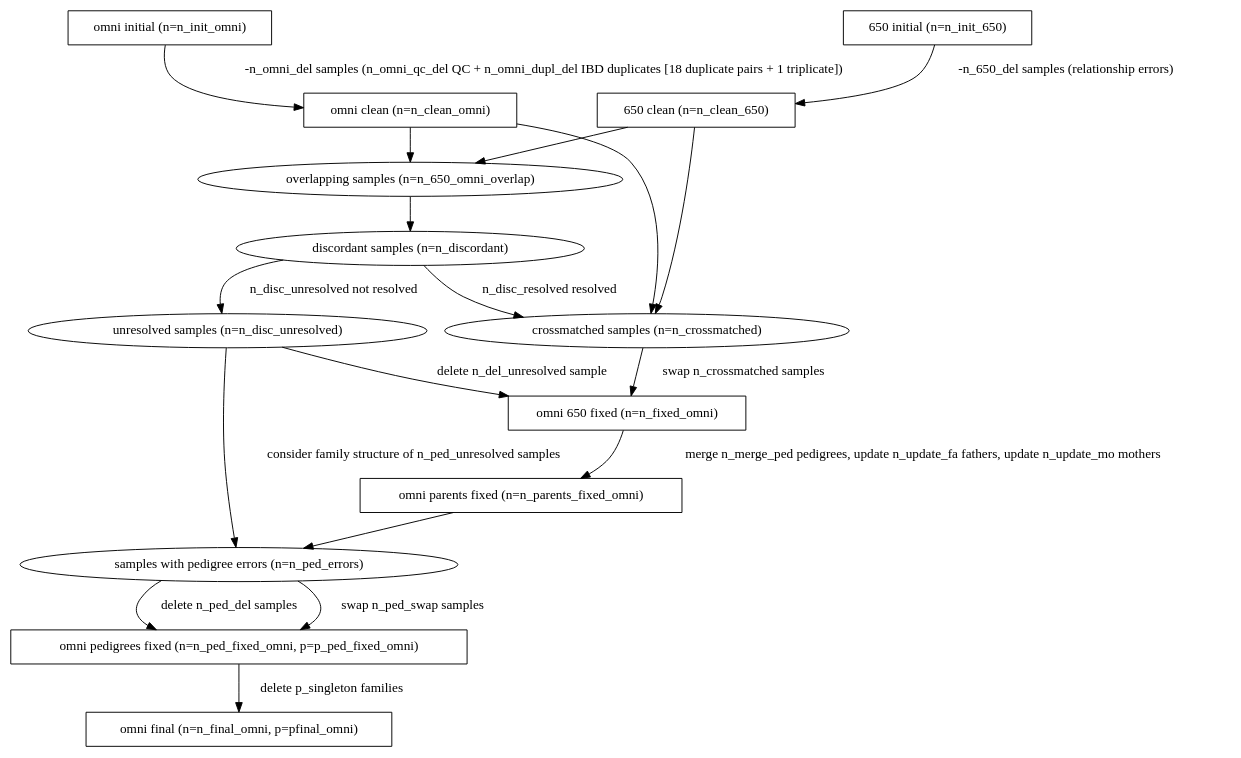
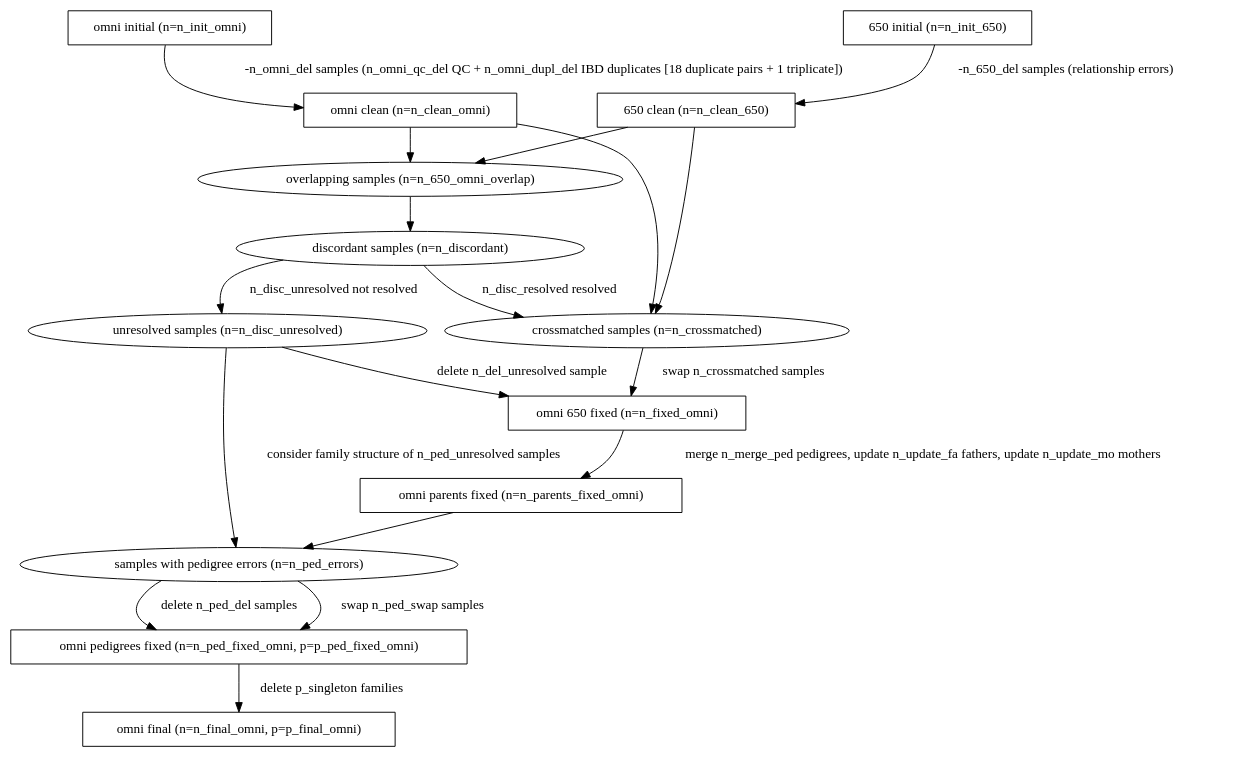
One commit to TOPMed-BAGS/sample_identity changed the diagram in doc/flow.dot. Above: the diagram before and after it, drawn with Graphviz. The commit also changed 5 other files, not shown here.

```diff
--- a/doc/flow.dot
+++ b/doc/flow.dot
@@ -1,35 +1,35 @@
 #!dot
 digraph {
     INIT_SIX       [label="650 initial (n=n_init_650)", shape=box]
     INIT_OMNI      [label="omni initial (n=n_init_omni)", shape=box]
     CLEAN_SIX      [label="650 clean (n=n_clean_650)", shape=box]
     CLEAN_OMNI     [label="omni clean (n=n_clean_omni)", shape=box]
     OVERLAP        [label="overlapping samples (n=n_650_omni_overlap)"]
     DISCORDANT     [label="discordant samples (n=n_discordant)"]
     CROSSMATCH     [label="crossmatched samples (n=n_crossmatched)"]
     UNRESOLVED     [label="unresolved samples (n=n_disc_unresolved)"]
     FIXED_OMNI     [label="omni 650 fixed (n=n_fixed_omni)", shape=box]
     PAR_FIXED_OMNI [label="omni parents fixed (n=n_parents_fixed_omni)", shape=box]
     PED_ERRORS [label="samples with pedigree errors (n=n_ped_errors)"]
     PED_FIXED_OMNI [label="omni pedigrees fixed (n=n_ped_fixed_omni, p=p_ped_fixed_omni)", shape=box]
-    FINAL_OMNI     [label="omni final (n=n_final_omni, p=pfinal_omni)", shape=box]
+    FINAL_OMNI     [label="omni final (n=n_final_omni, p=p_final_omni)", shape=box]
 
     INIT_SIX       -> CLEAN_SIX [label=" -n_650_del samples (relationship errors)"];
     INIT_OMNI      -> CLEAN_OMNI [label=" -n_omni_del samples (n_omni_qc_del QC + n_omni_dupl_del IBD duplicates [18 duplicate pairs + 1 triplicate])"];
     CLEAN_SIX      -> OVERLAP;
     CLEAN_OMNI     -> OVERLAP;
     OVERLAP        -> DISCORDANT;
     CLEAN_OMNI     -> CROSSMATCH;
     CLEAN_SIX      -> CROSSMATCH;
     DISCORDANT     -> CROSSMATCH [label=" n_disc_resolved resolved"];
     DISCORDANT     -> UNRESOLVED [label=" n_disc_unresolved not resolved"];
     CROSSMATCH     -> FIXED_OMNI [label=" swap n_crossmatched samples"];
     UNRESOLVED     -> PED_ERRORS [label=" consider family structure of n_ped_unresolved samples"];
     UNRESOLVED     -> FIXED_OMNI [label=" delete n_del_unresolved sample"];
     FIXED_OMNI     -> PAR_FIXED_OMNI [label=" merge n_merge_ped pedigrees, update n_update_fa fathers, update n_update_mo mothers"];
     PAR_FIXED_OMNI -> PED_ERRORS;
     PED_ERRORS     -> PED_FIXED_OMNI [label=" delete n_ped_del samples"];
     PED_ERRORS     -> PED_FIXED_OMNI [label=" swap n_ped_swap samples"];
     PED_FIXED_OMNI -> FINAL_OMNI [label=" delete p_singleton families"];
 
 }
```
